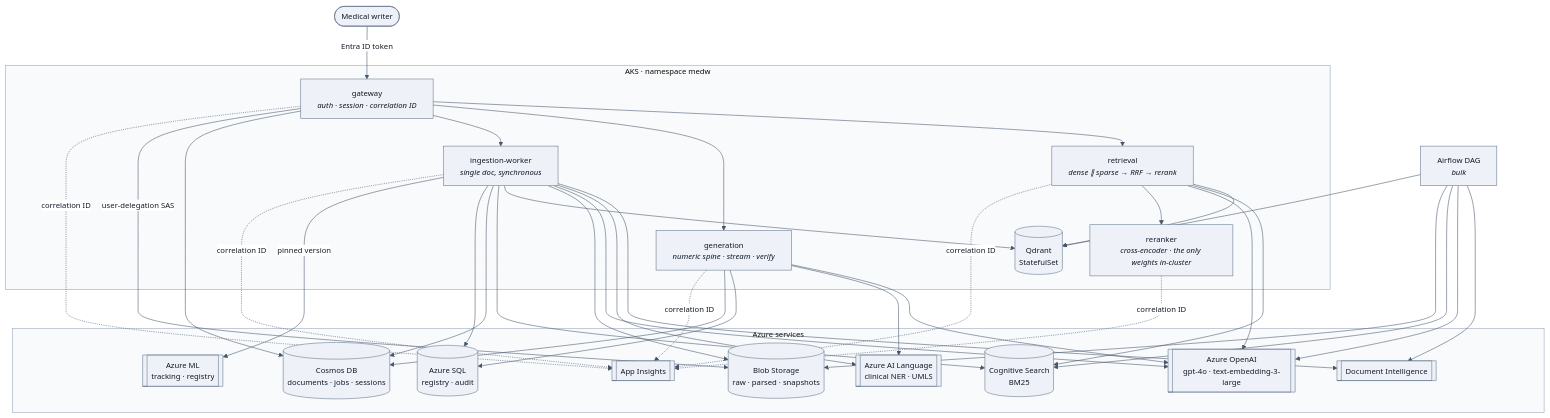
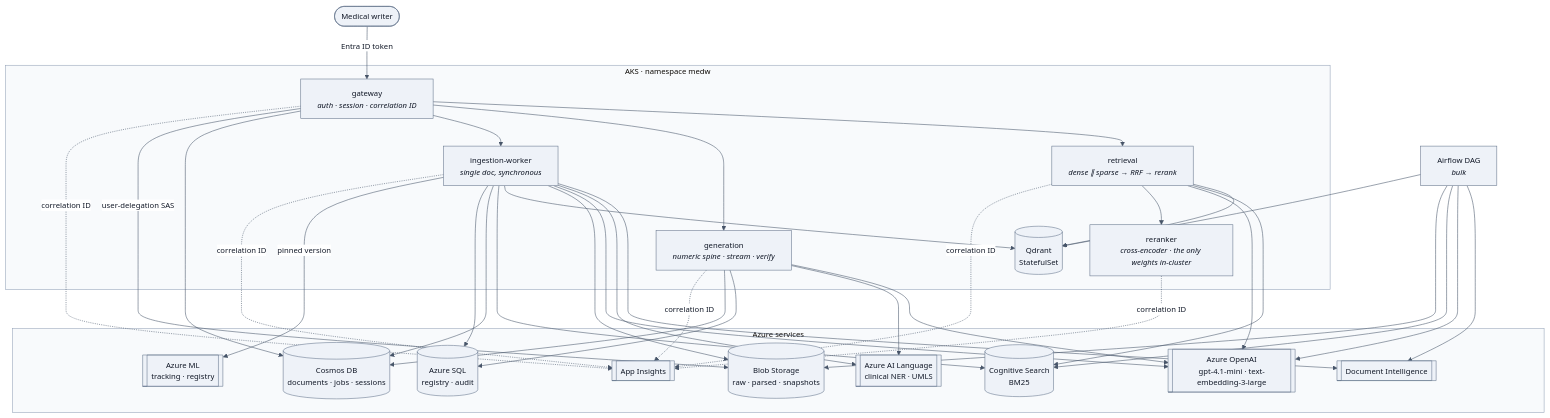
The diagram in docs/architecture.md (limlim-S998/med_rag), drawn with Mermaid before and after one commit. The commit also changed other lines of this file and 3 other files, not shown here.

First line of the commit message:
docs: bring README, architecture and RESUME up to current state

````diff
--- a/docs/architecture.md
+++ b/docs/architecture.md
@@ -8,49 +23,49 @@
 ```mermaid
 %%{init: {'theme':'base','themeVariables':{
   'background':'#ffffff','primaryColor':'#eef2f8','primaryTextColor':'#111827',
   'primaryBorderColor':'#64748b','secondaryColor':'#e2e8f0','tertiaryColor':'#f1f5f9',
   'lineColor':'#475569','textColor':'#111827','fontSize':'14px',
   'clusterBkg':'#f8fafc','clusterBorder':'#94a3b8','edgeLabelBackground':'#ffffff'
 }}}%%
 %% Colours are pinned rather than inherited. Mermaid's auto theme follows the
 %% VIEWER's light/dark setting, which renders this diagram dark-on-dark in a
 %% dark VS Code preview. Pinning means one appearance everywhere - VS Code,
 %% GitHub, and docs/architecture.html - which is what you want for a diagram
 %% you might put on a screen in front of someone.
 flowchart TB
     W([Medical writer]) -->|Entra ID token| GW
 
     subgraph AKS["AKS · namespace medw"]
         GW[gateway<br/><i>auth · session · correlation ID</i>]
         RT[retrieval<br/><i>dense ∥ sparse → RRF → rerank</i>]
         RR[reranker<br/><i>cross-encoder · the only weights in-cluster</i>]
         GEN[generation<br/><i>numeric spine · stream · verify</i>]
         IW[ingestion-worker<br/><i>single doc, synchronous</i>]
         QD[(Qdrant<br/>StatefulSet)]
     end
 
     subgraph AZ["Azure services"]
-        AOAI[[Azure OpenAI<br/>gpt-4o · text-embedding-3-large]]
+        AOAI[[Azure OpenAI<br/>gpt-4.1-mini · text-embedding-3-large]]
         ACS[(Cognitive Search<br/>BM25)]
         BLOB[(Blob Storage<br/>raw · parsed · snapshots)]
         COS[(Cosmos DB<br/>documents · jobs · sessions)]
         SQL[(Azure SQL<br/>registry · audit)]
         DI[[Document Intelligence]]
         LANG[[Azure AI Language<br/>clinical NER · UMLS]]
         AML[[Azure ML<br/>tracking · registry]]
         AI[[App Insights]]
     end
 
     AF[Airflow DAG<br/><i>bulk</i>]
 
     GW --> RT & GEN & IW
     GW --> COS
     GW -->|user-delegation SAS| BLOB
     RT --> QD & ACS & AOAI
     RT --> RR
     GEN --> AOAI & LANG & SQL & COS
     IW --> DI & LANG & AOAI & BLOB & QD & ACS & COS & SQL
     IW -->|pinned version| AML
     AF --> DI & AOAI & QD & ACS & BLOB
     GW & RT & RR & GEN & IW -.->|correlation ID| AI
 ```
````
